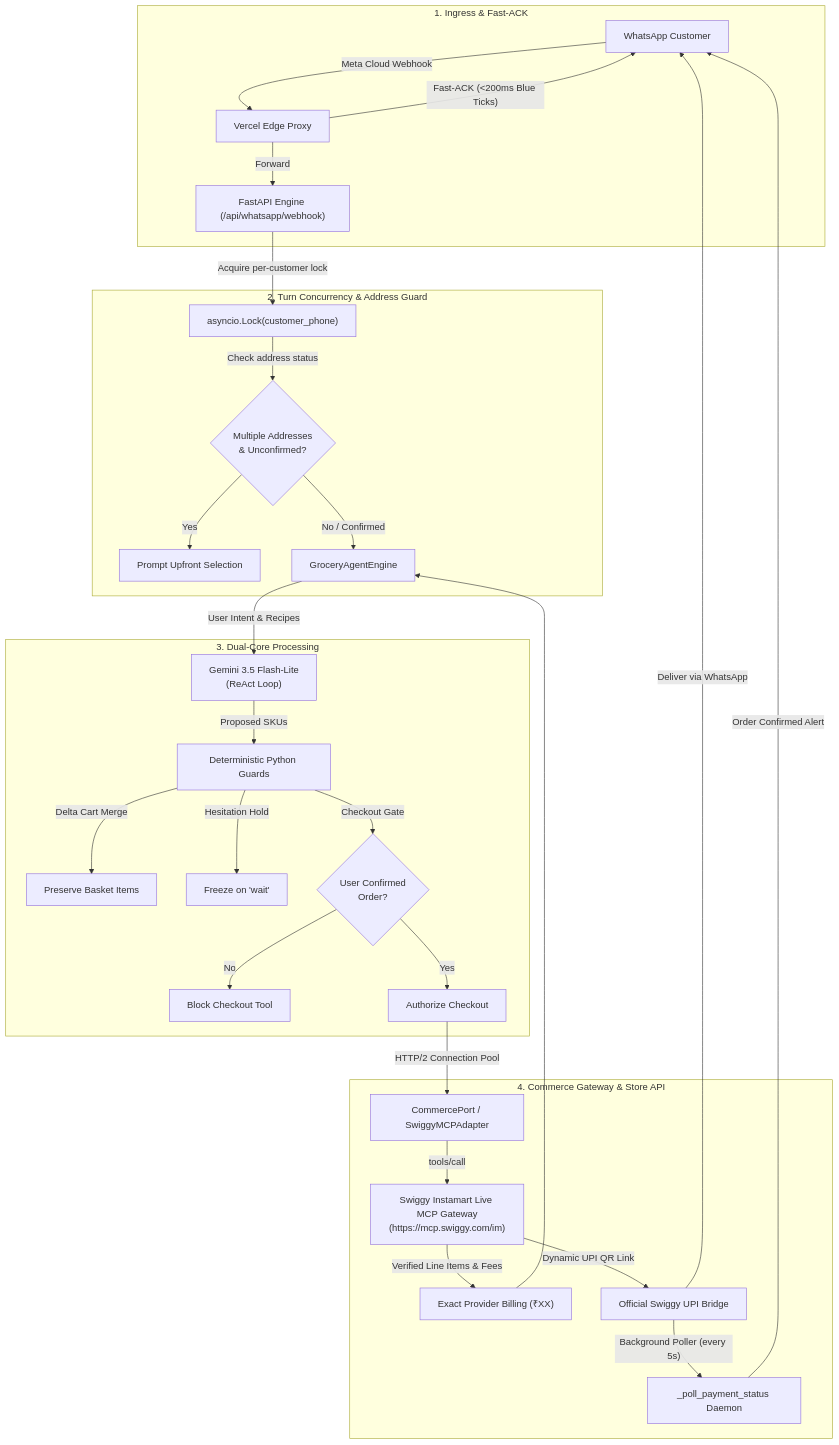
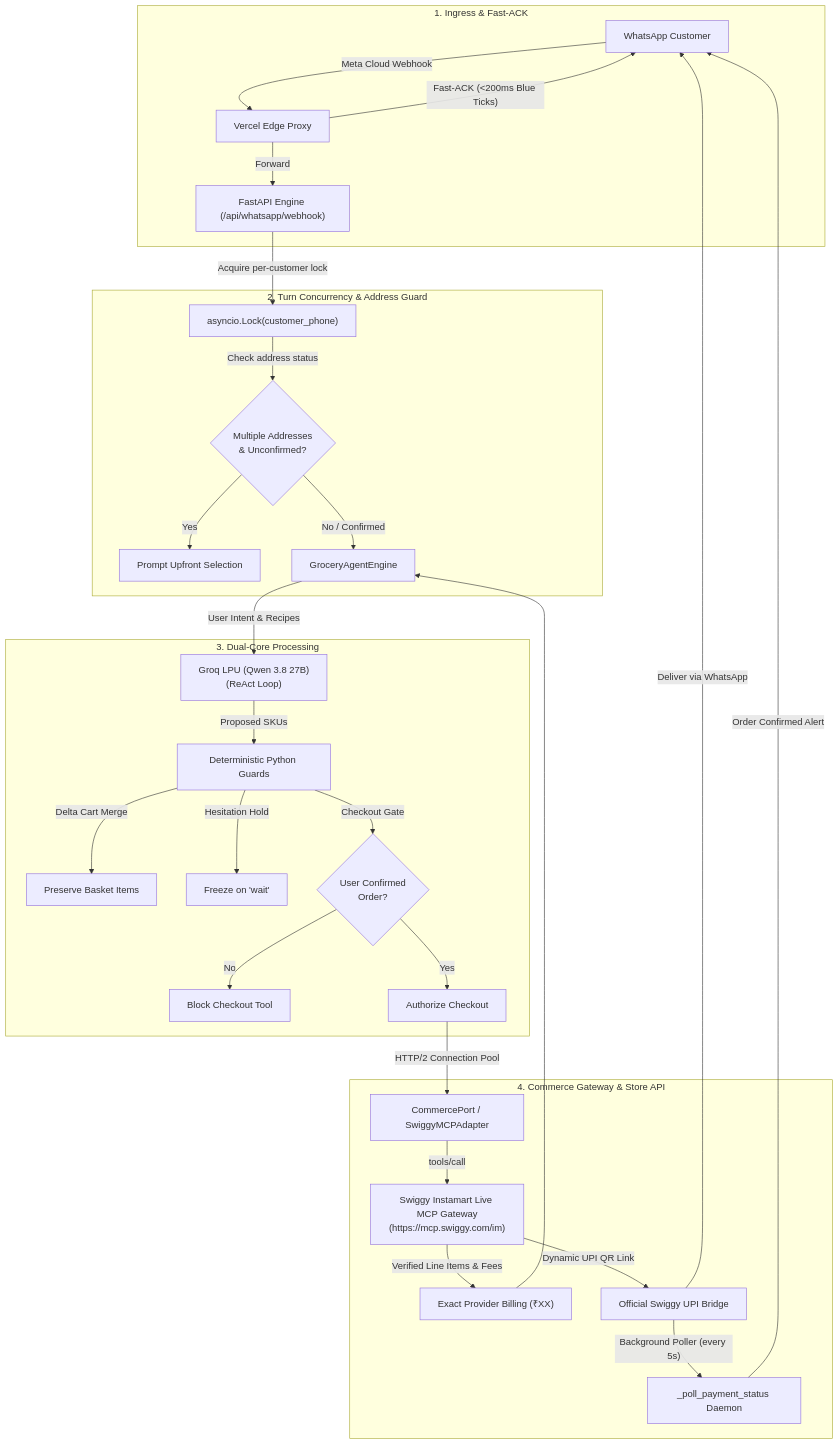
The diagram in README.md (kwakhare5/Grocer), drawn with Mermaid before and after one commit. The commit also changed other lines of this file and 39 other files, not shown here.

First line of the commit message:
feat(llm): migrate conversation engine from Gemini to Groq LPU (Qwen 3.8 27B) and OpenRouter

````diff
--- a/README.md
+++ b/README.md
@@ -90,37 +90,37 @@
 ```mermaid
 flowchart TD
     subgraph Ingress ["1. Ingress & Fast-ACK"]
         WA["WhatsApp Customer"] -->|"Meta Cloud Webhook"| Vercel["Vercel Edge Proxy"]
         Vercel -->|"Fast-ACK (<200ms Blue Ticks)"| WA
         Vercel -->|"Forward"| FastAPI["FastAPI Engine (/api/whatsapp/webhook)"]
     end
 
     subgraph Concurrency ["2. Turn Concurrency & Address Guard"]
         FastAPI -->|"Acquire per-customer lock"| Lock["asyncio.Lock(customer_phone)"]
         Lock -->|"Check address status"| AddrGuard{"Multiple Addresses\n& Unconfirmed?"}
         AddrGuard -->|"Yes"| AddrPrompt["Prompt Upfront Selection"]
         AddrGuard -->|"No / Confirmed"| Engine["GroceryAgentEngine"]
     end
 
     subgraph DualCore ["3. Dual-Core Processing"]
-        Engine -->|"User Intent & Recipes"| Gemini["Gemini 3.5 Flash-Lite\n(ReAct Loop)"]
-        Gemini -->|"Proposed SKUs"| Guards["Deterministic Python Guards"]
+        Engine -->|"User Intent & Recipes"| LLM["Groq LPU (Qwen 3.8 27B)\n(ReAct Loop)"]
+        LLM -->|"Proposed SKUs"| Guards["Deterministic Python Guards"]
         Guards -->|"Delta Cart Merge"| Merge["Preserve Basket Items"]
         Guards -->|"Hesitation Hold"| Hold["Freeze on 'wait'"]
         Guards -->|"Checkout Gate"| Gate{"User Confirmed\nOrder?"}
         Gate -->|"No"| Block["Block Checkout Tool"]
         Gate -->|"Yes"| Auth["Authorize Checkout"]
     end
 
     subgraph Commerce ["4. Commerce Gateway & Store API"]
         Auth -->|"HTTP/2 Connection Pool"| Port["CommercePort / SwiggyMCPAdapter"]
         Port -->|"tools/call"| MCP["Swiggy Instamart Live MCP Gateway\n(https://mcp.swiggy.com/im)"]
         MCP -->|"Verified Line Items & Fees"| Bill["Exact Provider Billing (₹XX)"]
         MCP -->|"Dynamic UPI QR Link"| PayLink["Official Swiggy UPI Bridge"]
         PayLink -->|"Background Poller (every 5s)"| Poller["_poll_payment_status Daemon"]
     end
 
     Bill --> Engine
     PayLink -->|"Deliver via WhatsApp"| WA
     Poller -->|"Order Confirmed Alert"| WA
 ```
````
